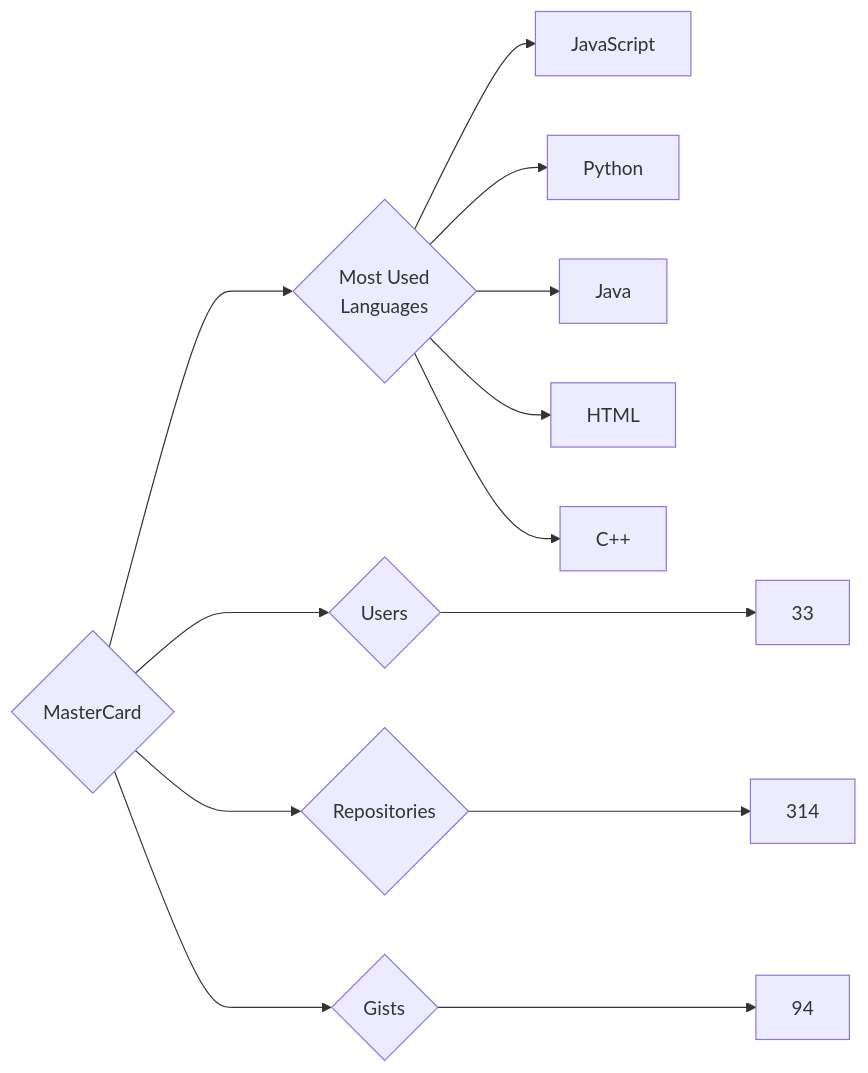
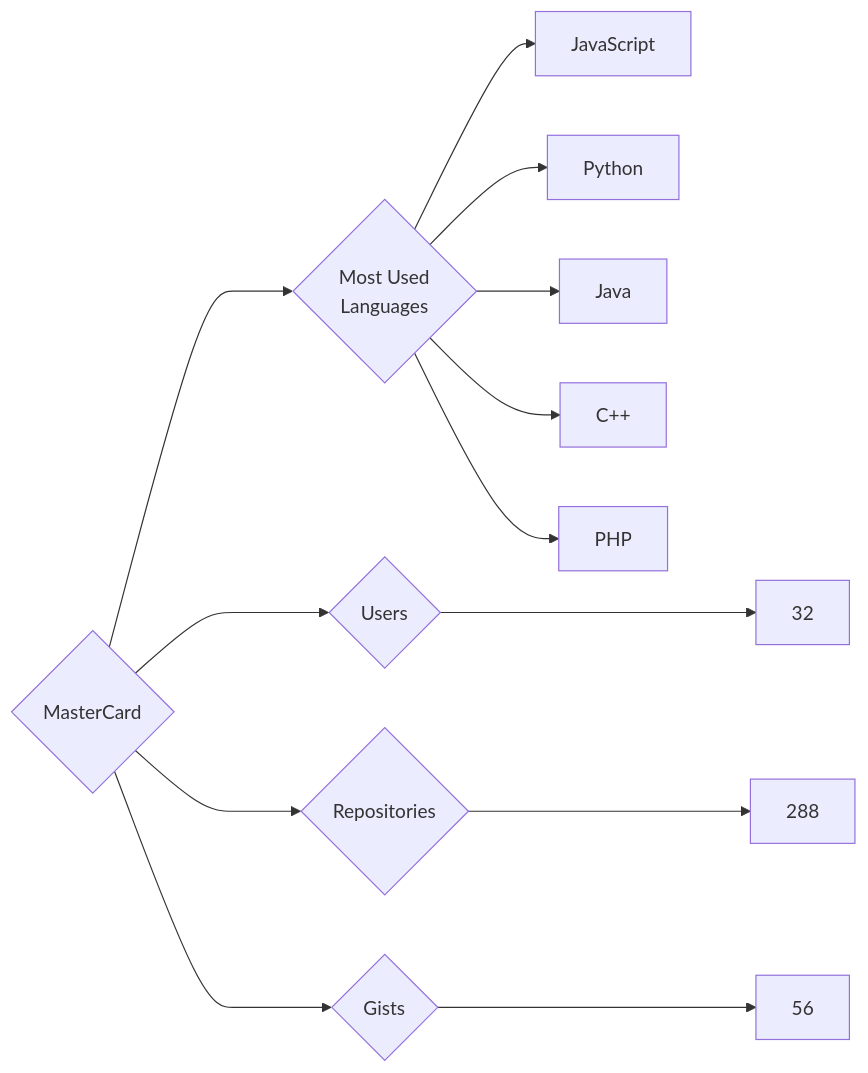
The diagram in targets/MasterCard/README.md (trickest/insiders), drawn with Mermaid before and after one commit. The commit also changed 1011 other files, not shown here.

````diff
--- a/targets/MasterCard/README.md
+++ b/targets/MasterCard/README.md
@@ -3,13 +3,13 @@
 ```mermaid
 graph LR
 COMPANY_NAME{MasterCard}
-COMPANY_NAME ---> U{Users} ---> UN[33]
-COMPANY_NAME ---> R{Repositories} ---> RN[314]
-COMPANY_NAME ---> G{Gists} ---> GN[94]
+COMPANY_NAME ---> U{Users} ---> UN[32]
+COMPANY_NAME ---> R{Repositories} ---> RN[288]
+COMPANY_NAME ---> G{Gists} ---> GN[56]
 COMPANY_NAME ---> ML{Most Used<br>Languages}
 ML --> JavaScript[JavaScript]
 ML --> Python[Python]
 ML --> Java[Java]
-ML --> HTML[HTML]
 ML --> C++[C++]
+ML --> PHP[PHP]
 ```
````
